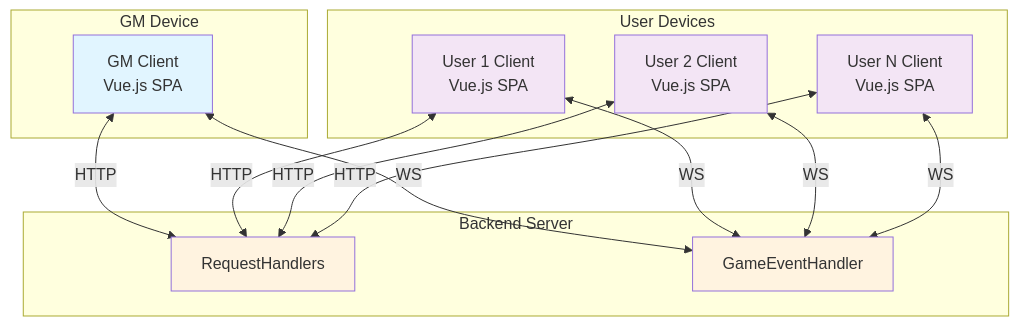
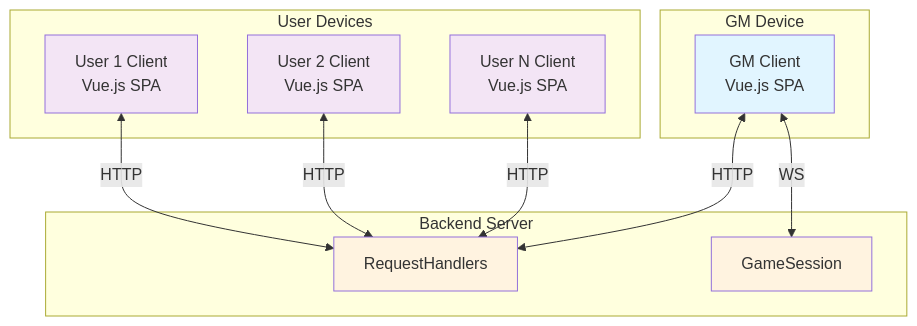
Before and after one commit to jakob-rzeppa/turnkeeper: the seventh of 13 diagrams in backend/ARCHITECTURE.md, drawn with Mermaid. The commit also changed other lines of this file and 4 other files, not shown here.

````diff
--- a/backend/ARCHITECTURE.md
+++ b/backend/ARCHITECTURE.md
@@ -287,33 +289,30 @@
 ```mermaid
 graph TB
     subgraph "GM Device"
         GM[GM Client<br/>Vue.js SPA]
     end
 
     subgraph "Backend Server"
         API[RequestHandlers]
-        WS[GameEventHandler]
+        WS[GameSession]
     end
 
     subgraph "User Devices"
         U1[User 1 Client<br/>Vue.js SPA]
         U2[User 2 Client<br/>Vue.js SPA]
         U3[User N Client<br/>Vue.js SPA]
     end
 
     GM <-->|HTTP| API
     GM <-->|WS| WS
     U1 <-->|HTTP| API
-    U1 <-->|WS| WS
     U2 <-->|HTTP| API
-    U2 <-->|WS| WS
     U3 <-->|HTTP| API
-    U3 <-->|WS| WS
 
     style GM fill:#e1f5ff
     style API fill:#fff3e0
     style WS fill:#fff3e0
     style U1 fill:#f3e5f5
     style U2 fill:#f3e5f5
     style U3 fill:#f3e5f5
 ```
````
